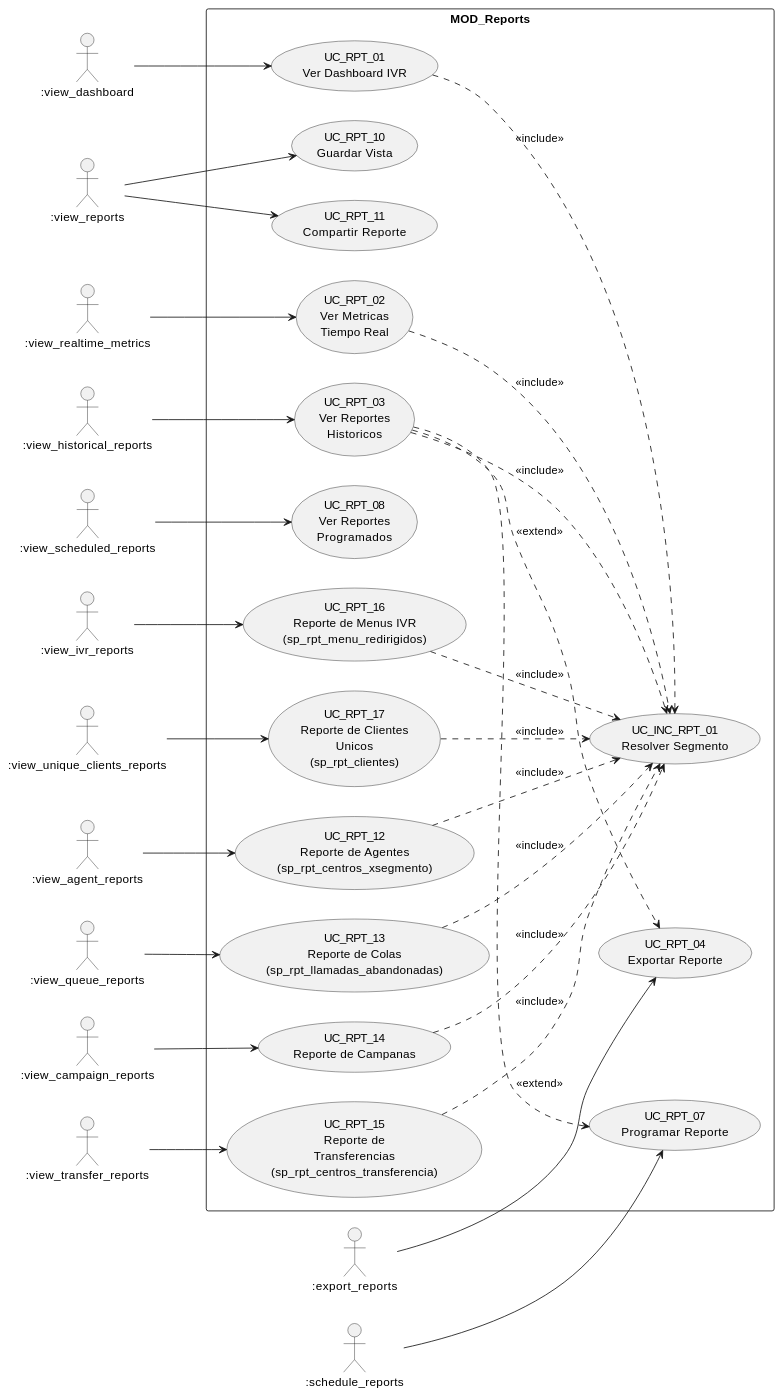
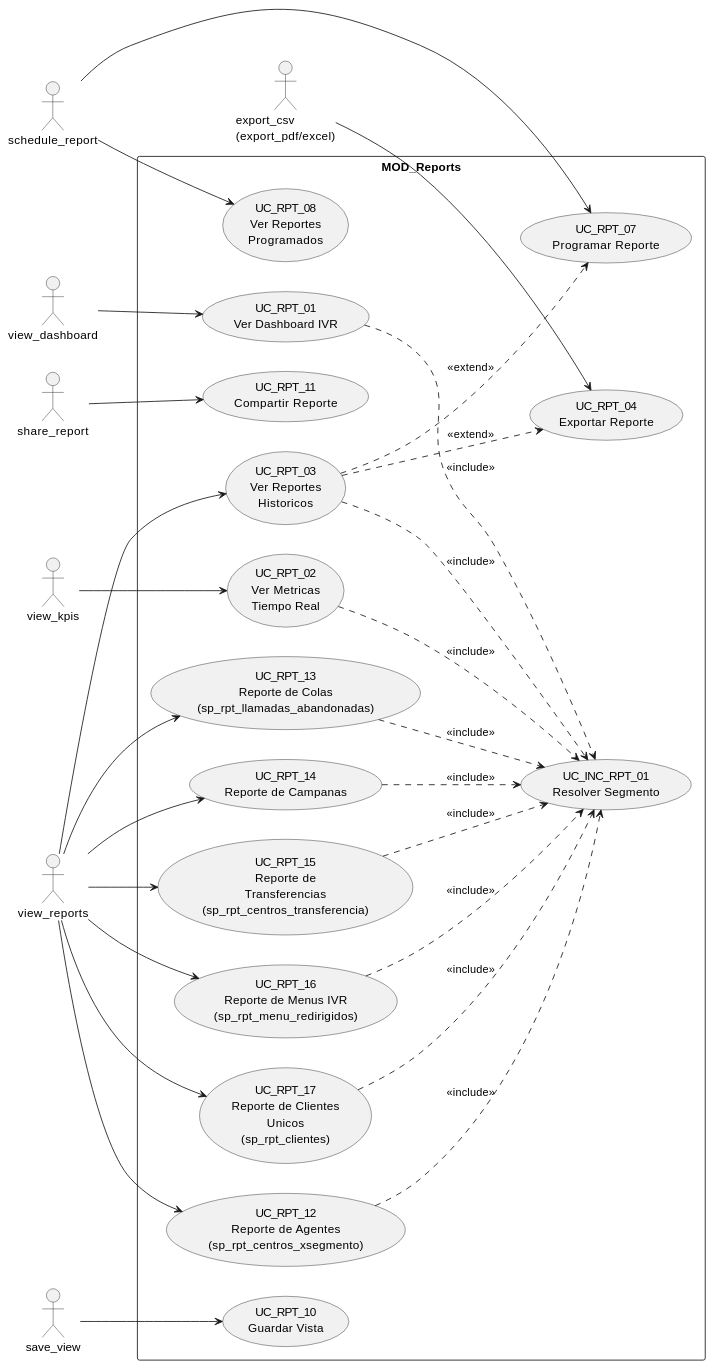
One commit to jcg-admin/IACT-docs changed the fifth of 13 diagrams in source/arquitectura-tecnica/diagramas-uc-por-modulo.rst. Above: the diagram before and after it, drawn with PlantUML. The commit also changed other lines of this file and 157 other files, not shown here.

First line of the commit message:
Enforce catalog function names across all diagrams

```diff
--- a/source/arquitectura-tecnica/diagramas-uc-por-modulo.rst
+++ b/source/arquitectura-tecnica/diagramas-uc-por-modulo.rst
@@ -203,67 +203,61 @@
 .. uml::
  :caption: Figura 20 — MOD_Reports: casos de uso
 
  @startuml
  left to right direction
 
- actor ":view_dashboard" as VD
- actor ":view_reports" as VR
- actor ":view_realtime_metrics" as VRT
- actor ":view_historical_reports" as VHR
- actor ":export_reports" as ER
- actor ":schedule_reports" as SR
- actor ":view_scheduled_reports" as VSR
- actor ":view_agent_reports" as VAR
- actor ":view_queue_reports" as VQR
- actor ":view_campaign_reports" as VCR
- actor ":view_transfer_reports" as VTR
- actor ":view_ivr_reports" as VIR
- actor ":view_unique_clients_reports" as VUC
+ actor "view_dashboard" as VD
+ actor "view_kpis" as VK
+ actor "view_reports" as VR
+ actor "export_csv\n(export_pdf/excel)" as EXP
+ actor "schedule_report" as SRPT
+ actor "save_view" as SV
+ actor "share_report" as SHR
 
  rectangle "MOD_Reports" {
    usecase "UC_INC_RPT_01\nResolver Segmento" as INC
    usecase "UC_RPT_01\nVer Dashboard IVR" as R01
    usecase "UC_RPT_02\nVer Metricas\nTiempo Real" as R02
    usecase "UC_RPT_03\nVer Reportes\nHistoricos" as R03
    usecase "UC_RPT_04\nExportar Reporte" as R04
    usecase "UC_RPT_07\nProgramar Reporte" as R07
    usecase "UC_RPT_08\nVer Reportes\nProgramados" as R08
    usecase "UC_RPT_10\nGuardar Vista" as R10
    usecase "UC_RPT_11\nCompartir Reporte" as R11
    usecase "UC_RPT_12\nReporte de Agentes\n(sp_rpt_centros_xsegmento)" as R12
    usecase "UC_RPT_13\nReporte de Colas\n(sp_rpt_llamadas_abandonadas)" as R13
    usecase "UC_RPT_14\nReporte de Campanas" as R14
    usecase "UC_RPT_15\nReporte de\nTransferencias\n(sp_rpt_centros_transferencia)" as R15
    usecase "UC_RPT_16\nReporte de Menus IVR\n(sp_rpt_menu_redirigidos)" as R16
    usecase "UC_RPT_17\nReporte de Clientes\nUnicos\n(sp_rpt_clientes)" as R17
  }
 
  VD --> R01
- VRT --> R02
- VHR --> R03
- ER --> R04
- SR --> R07
- VSR --> R08
- VR --> R10
- VR --> R11
- VAR --> R12
- VQR --> R13
- VCR --> R14
- VTR --> R15
- VIR --> R16
- VUC --> R17
+ VK --> R02
+ VR --> R03
+ EXP --> R04
+ SRPT --> R07
+ SRPT --> R08
+ SV --> R10
+ SHR --> R11
+ VR --> R12
+ VR --> R13
+ VR --> R14
+ VR --> R15
+ VR --> R16
+ VR --> R17
 
  R01 ..> INC : <<include>>
  R02 ..> INC : <<include>>
  R03 ..> INC : <<include>>
  R12 ..> INC : <<include>>
  R13 ..> INC : <<include>>
  R14 ..> INC : <<include>>
  R15 ..> INC : <<include>>
  R16 ..> INC : <<include>>
  R17 ..> INC : <<include>>
 
  R03 ..> R04 : <<extend>>
  R03 ..> R07 : <<extend>>
 
  @enduml
```
